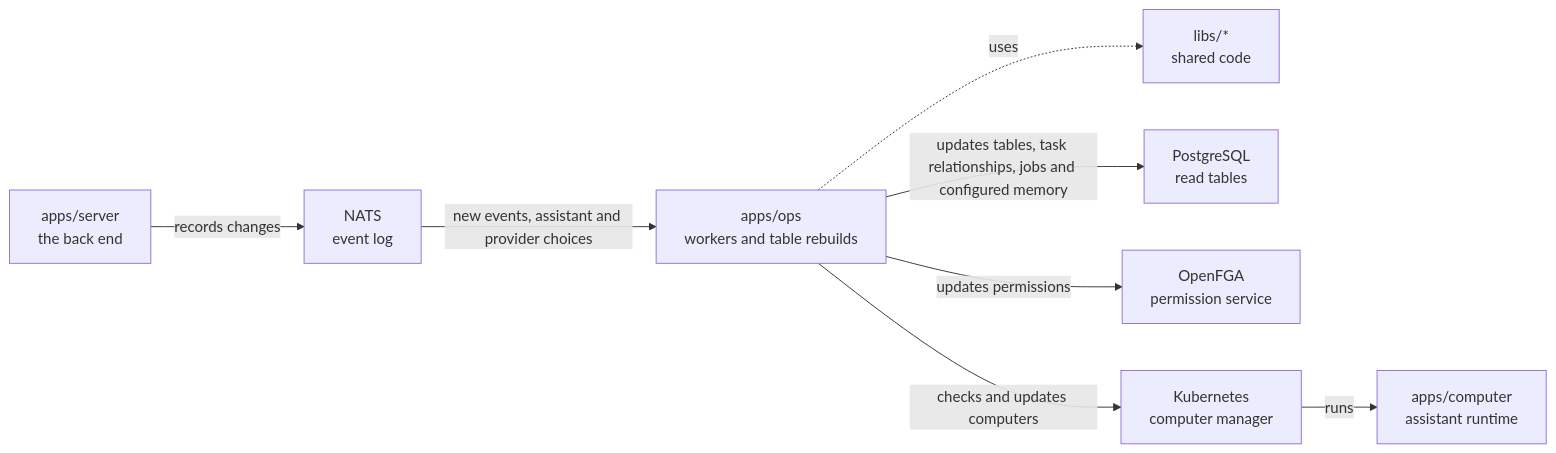
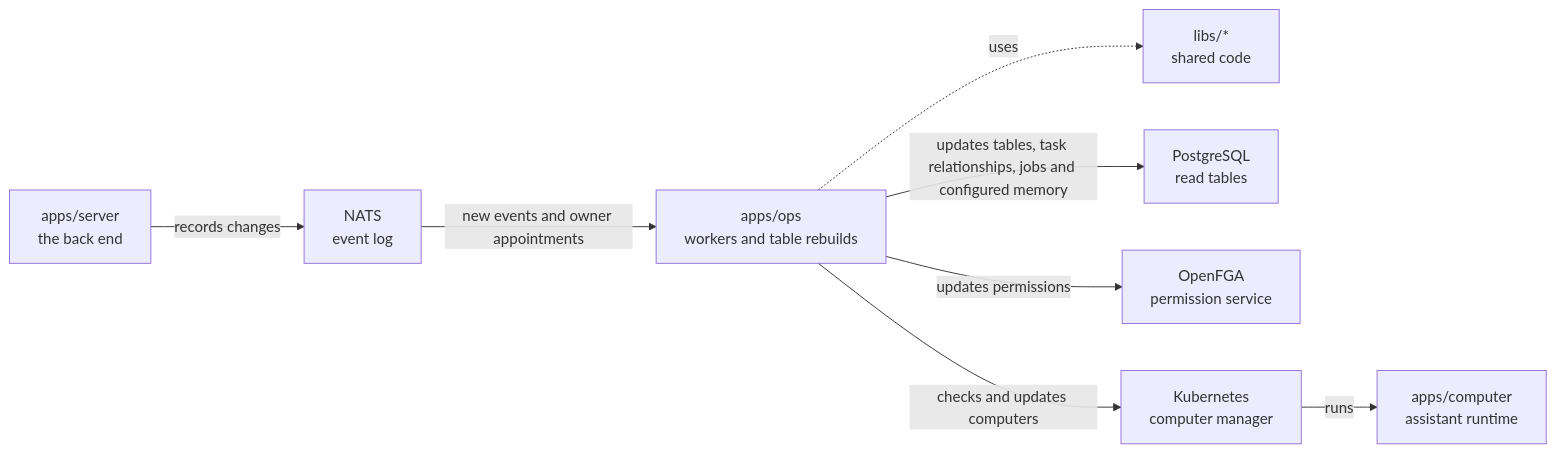
Before and after one commit to elewa-git/opencrane-new: the diagram in apps/ops/README.md, drawn with Mermaid. The commit also changed other lines of this file and 35 other files, not shown here.

Commit message:
🛡️ Confirm owner appointments on member streams

````diff
--- a/apps/ops/README.md
+++ b/apps/ops/README.md
@@ -11,10 +11,10 @@
 ```mermaid
 flowchart LR
   server["apps/server<br/>the back end"] -->|records changes| nats["NATS<br/>event log"]
-  nats -->|new events, assistant and provider choices| ops["apps/ops<br/>workers and table rebuilds"]
+  nats -->|new events and owner appointments| ops["apps/ops<br/>workers and table rebuilds"]
   ops -.->|uses| libs["libs/*<br/>shared code"]
   ops -->|updates tables, task relationships, jobs and configured memory| postgres["PostgreSQL<br/>read tables"]
   ops -->|updates permissions| fga["OpenFGA<br/>permission service"]
   ops -->|checks and updates computers| kube["Kubernetes<br/>computer manager"]
   kube -->|runs| computer["apps/computer<br/>assistant runtime"]
 ```
````
